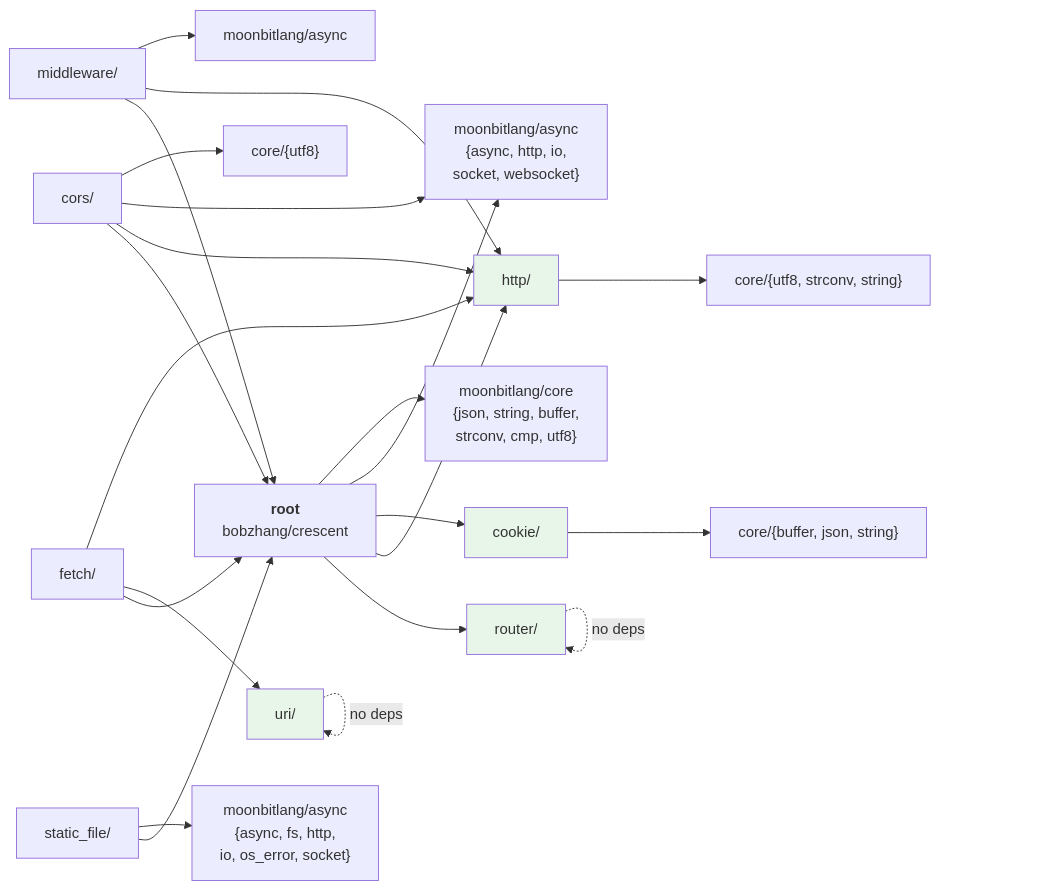
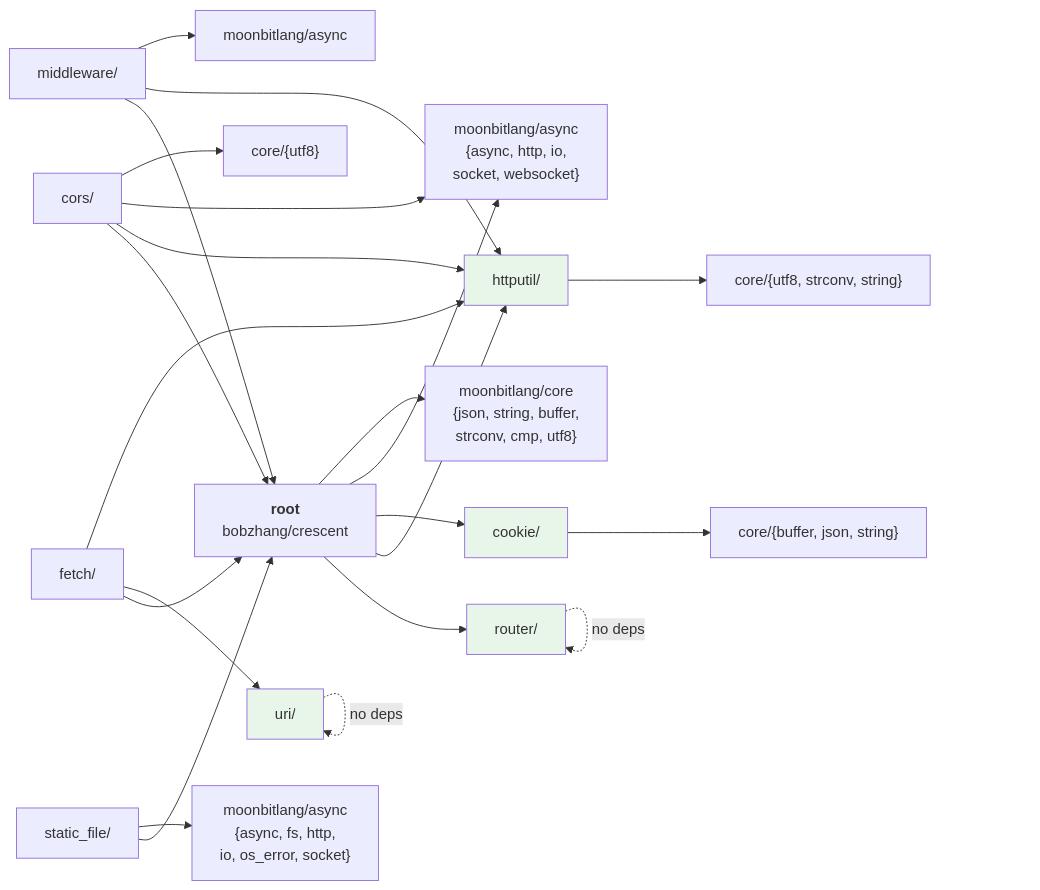
Before and after one commit to bobzhang/mocket: the second of 7 diagrams in ARCHITECTURE.md, drawn with Mermaid. The commit also changed other lines of this file and 35 other files, not shown here.

First line of the commit message:
Rename http/ sub-package to httputil/ and document open traits

````diff
--- a/ARCHITECTURE.md
+++ b/ARCHITECTURE.md
@@ -284,45 +284,45 @@
 ```mermaid
 graph LR
     ROOT["<b>root</b><br/>bobzhang/crescent"]
     ROUTER["router/"]
-    HTTP["http/"]
+    HTTP["httputil/"]
     COOKIE["cookie/"]
     URI["uri/"]
     CORS["cors/"]
     MW["middleware/"]
     SF["static_file/"]
     FETCH["fetch/"]
 
     ROOT --> ROUTER
     ROOT --> HTTP
     ROOT --> COOKIE
     ROOT --> ASYNC_LIB["moonbitlang/async<br/>{async, http, io,<br/>socket, websocket}"]
     ROOT --> CORE["moonbitlang/core<br/>{json, string, buffer,<br/>strconv, cmp, utf8}"]
 
     HTTP --> CORE_SUB["core/{utf8, strconv, string}"]
     COOKIE --> CORE_SUB2["core/{buffer, json, string}"]
 
     CORS --> ROOT
     CORS --> HTTP
     CORS --> ASYNC_LIB
     CORS --> CORE_SUB3["core/{utf8}"]
 
     MW --> ROOT
     MW --> HTTP
     MW --> ASYNC_LIB2["moonbitlang/async"]
 
     SF --> ROOT
     SF --> ASYNC_LIB3["moonbitlang/async<br/>{async, fs, http,<br/>io, os_error, socket}"]
 
     FETCH --> ROOT
     FETCH --> URI
     FETCH --> HTTP
 
     ROUTER -.->|"no deps"| ROUTER
     URI -.->|"no deps"| URI
 
     style ROUTER fill:#e8f5e9
     style URI fill:#e8f5e9
     style COOKIE fill:#e8f5e9
     style HTTP fill:#e8f5e9
 ```
````
